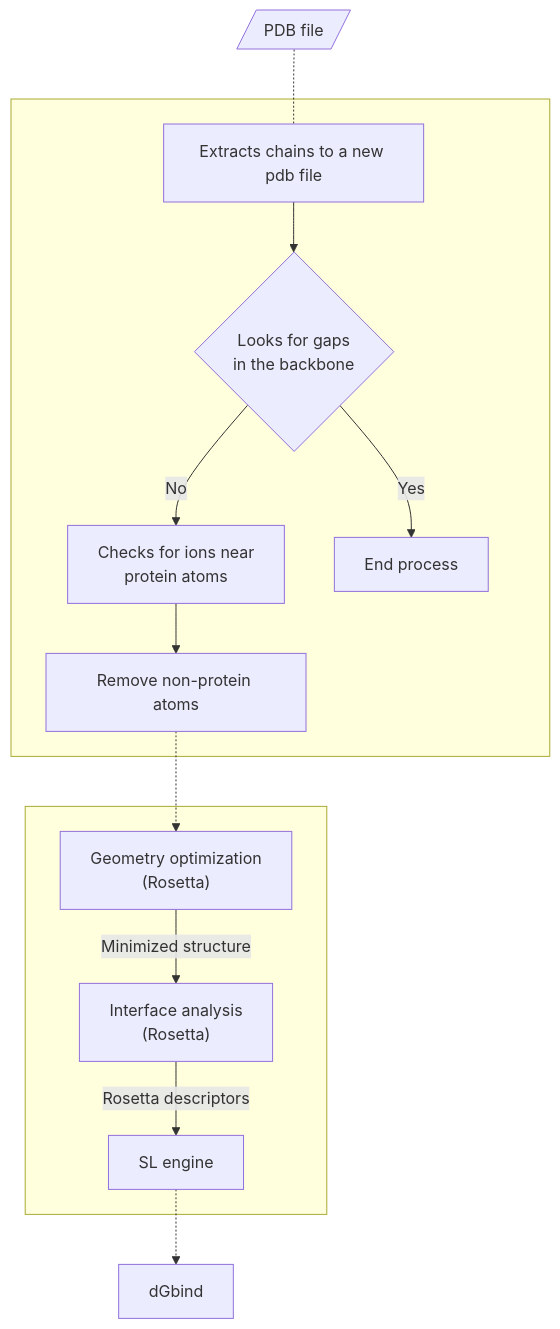
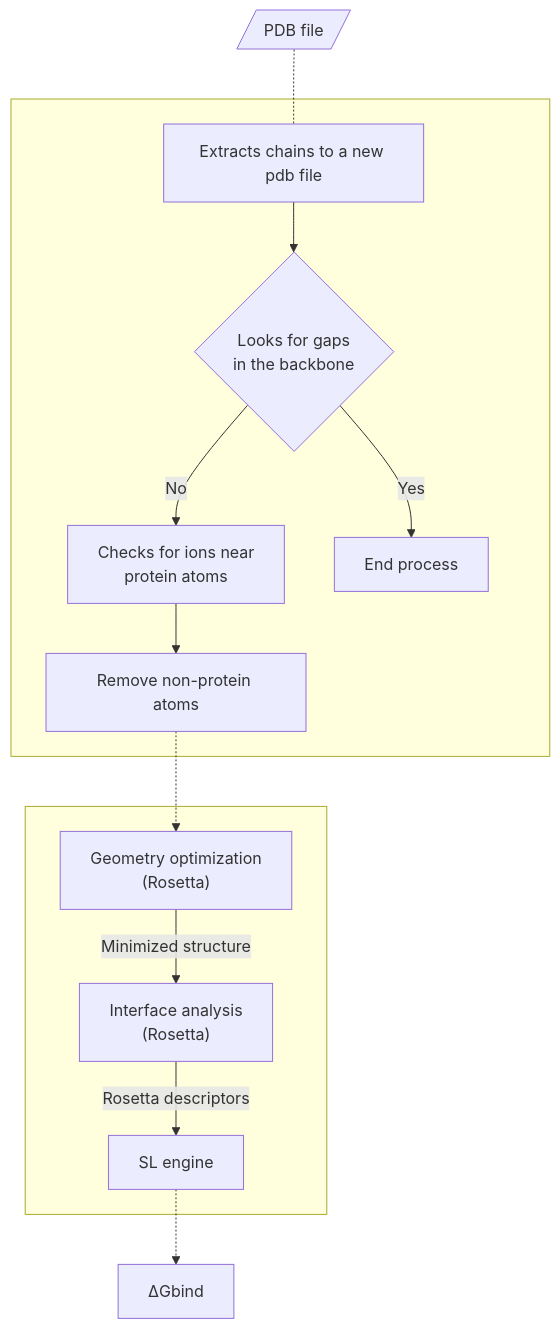
The diagram in README.md (eltonjfc/pbee), drawn with Mermaid before and after one commit.

````diff
--- a/README.md
+++ b/README.md
@@ -6,28 +6,28 @@
 ```mermaid
 flowchart TB
 	pdb[/PDB file/] 
 	step1[Extracts chains to a new pdb file] 
 	step2{Looks for gaps \n in the backbone}
 	step3[Checks for ions near \n protein atoms] 
 	step4[Remove non-protein atoms] 
 	step5["Geometry optimization \n (Rosetta)"] 
 	step6["Interface analysis \n (Rosetta)"] 
 	step7[SL engine]
-	result[dGbind]
+	result[ΔGbind]
 	ends[End process]
 	
 	subgraph B[ ]
 	step5 --> |Minimized structure| step6 --> |Rosetta descriptors| step7
 	end 
 	
 	subgraph A[ ]
 	step1 --> step2
 	step2 --> |Yes| ends
 	step2 --> |No| step3
 	step3 --> step4
 	end 
 	
 	pdb -.- step1
 	step4 -.-> step5
 	step7 -.-> result
 ``` 
````
